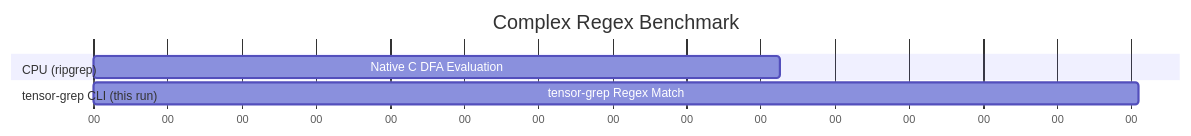
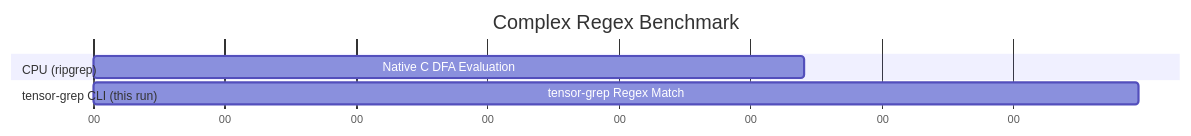
The second of 3 diagrams in docs/PAPER.md (oimiragieo/tensor-grep), drawn with Mermaid before and after one commit. The commit also changed other lines of this file and 1 other file, not shown here.

````diff
--- a/docs/PAPER.md
+++ b/docs/PAPER.md
@@ -102,12 +102,12 @@
 ```mermaid
 gantt
     title Complex Regex Benchmark
     dateFormat  s
     axisFormat %S
     
     section CPU (ripgrep)
-    Native C DFA Evaluation :a1, 0, 0.463s
+    Native C DFA Evaluation :a1, 0, 0.541s
     
     section tensor-grep CLI (this run)
-    tensor-grep Regex Match :a2, 0, 0.705s
+    tensor-grep Regex Match :a2, 0, 0.795s
 ```
````
